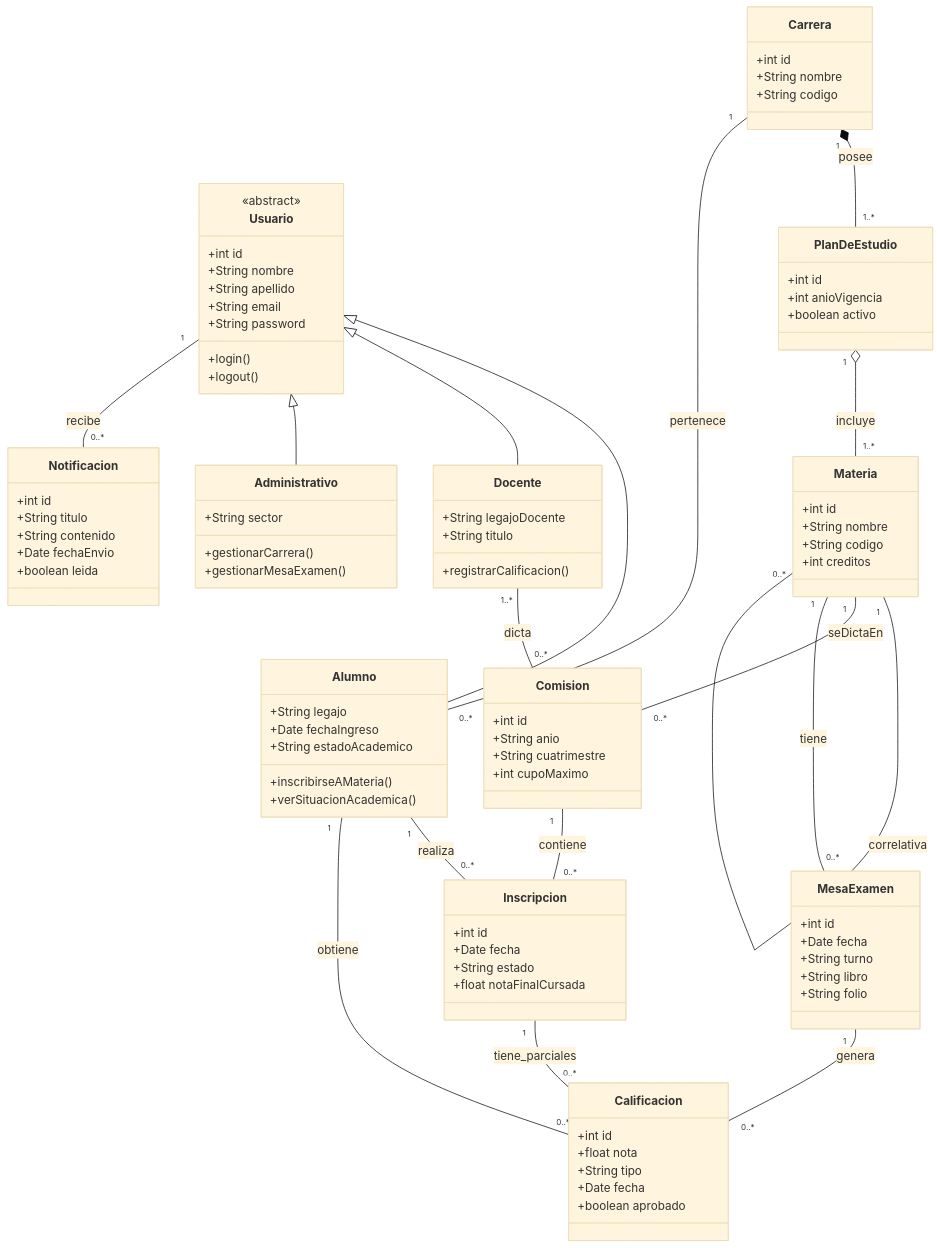
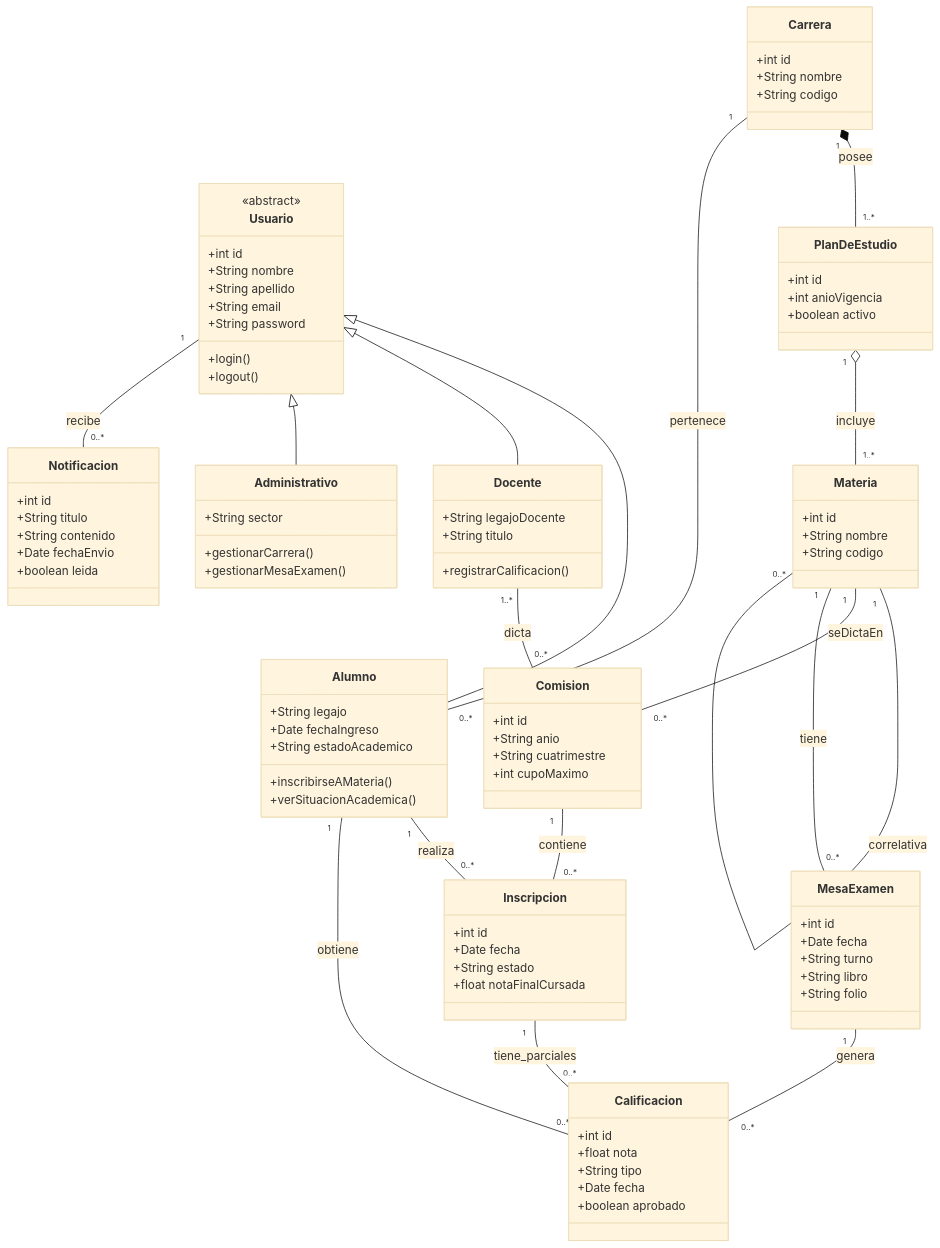
The diagram in Requirements.md (Jp-004/Ingenieria-de-software), drawn with Mermaid (base theme) before and after one commit.

Commit message:
v5.8
Removed 'creditos' field from Materia class

```diff
--- a/Requirements.md
+++ b/Requirements.md
@@ -145,7 +145,6 @@
         +int id
         +String nombre
         +String codigo
-        +int creditos
     }
 
     class Comision {
```
